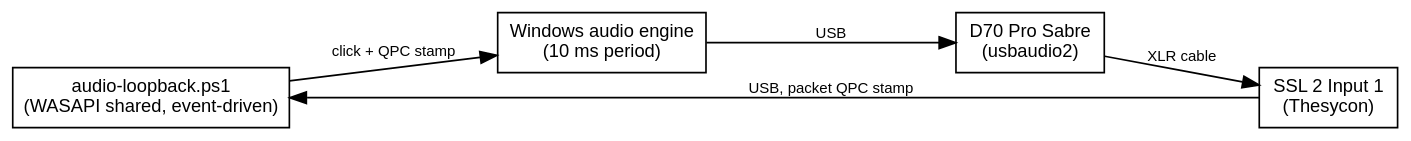
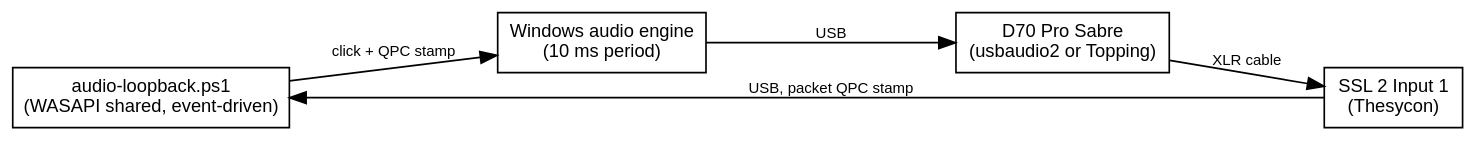
One commit to erfianugrah/lexicanum changed the diagram in src/content/docs/guides/usb-audio-loopback-latency-windows.mdx. Above: the diagram before and after it, drawn with Graphviz. The commit also changed other lines of this file and 1 other file, not shown here.

Commit message:
docs: audio latency guide - Topping driver result up front, pins and browser min-period sections, community claim in context, current script; mouse guide - controller map with location and device names, pin by the device not VEN&DEV, 3010 note, GPU pin kept

````diff
--- a/src/content/docs/guides/usb-audio-loopback-latency-windows.mdx
+++ b/src/content/docs/guides/usb-audio-loopback-latency-windows.mdx
@@ -43,16 +44,16 @@
 ```dot
 digraph {
   rankdir=LR; bgcolor="transparent"; nodesep=0.3; ranksep=0.7;
   fontname="Helvetica,Arial,sans-serif";
   node [fontname="Helvetica,Arial,sans-serif", fontsize=11, shape=box];
   edge [fontname="Helvetica,Arial,sans-serif", fontsize=9];
   app [label="audio-loopback.ps1\n(WASAPI shared, event-driven)"];
   eng [label="Windows audio engine\n(10 ms period)"];
-  dac [label="D70 Pro Sabre\n(usbaudio2)"];
+  dac [label="D70 Pro Sabre\n(usbaudio2 or Topping)"];
   ssl [label="SSL 2 Input 1\n(Thesycon)"];
   app -> eng [label="click + QPC stamp"];
   eng -> dac [label="USB"];
   dac -> ssl [label="XLR cable"];
   ssl -> app [label="USB, packet QPC stamp"];
 }
 ```
````
